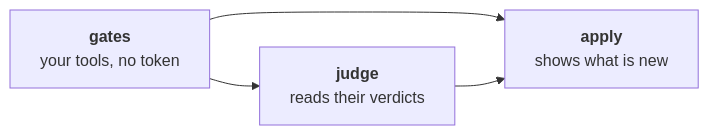
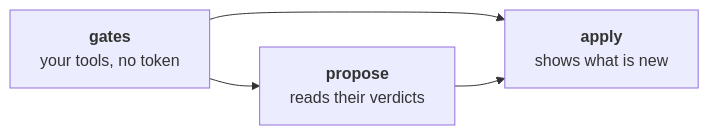
The diagram in docs/gates-in-ci.md (JN0V/workline), drawn with Mermaid before and after one commit. The commit also changed other lines of this file and 89 other files, not shown here.

First line of the commit message:
ci!: the job that runs the line is propose, paired with apply

````diff
--- a/docs/gates-in-ci.md
+++ b/docs/gates-in-ci.md
@@ -19,6 +19,6 @@
 ```mermaid
 flowchart LR
-  gates["<b>gates</b><br/>your tools, no token"] --> judge["<b>judge</b><br/>reads their verdicts"]
+  gates["<b>gates</b><br/>your tools, no token"] --> propose["<b>propose</b><br/>reads their verdicts"]
   gates --> apply["<b>apply</b><br/>shows what is new"]
-  judge --> apply
+  propose --> apply
 ```
````
